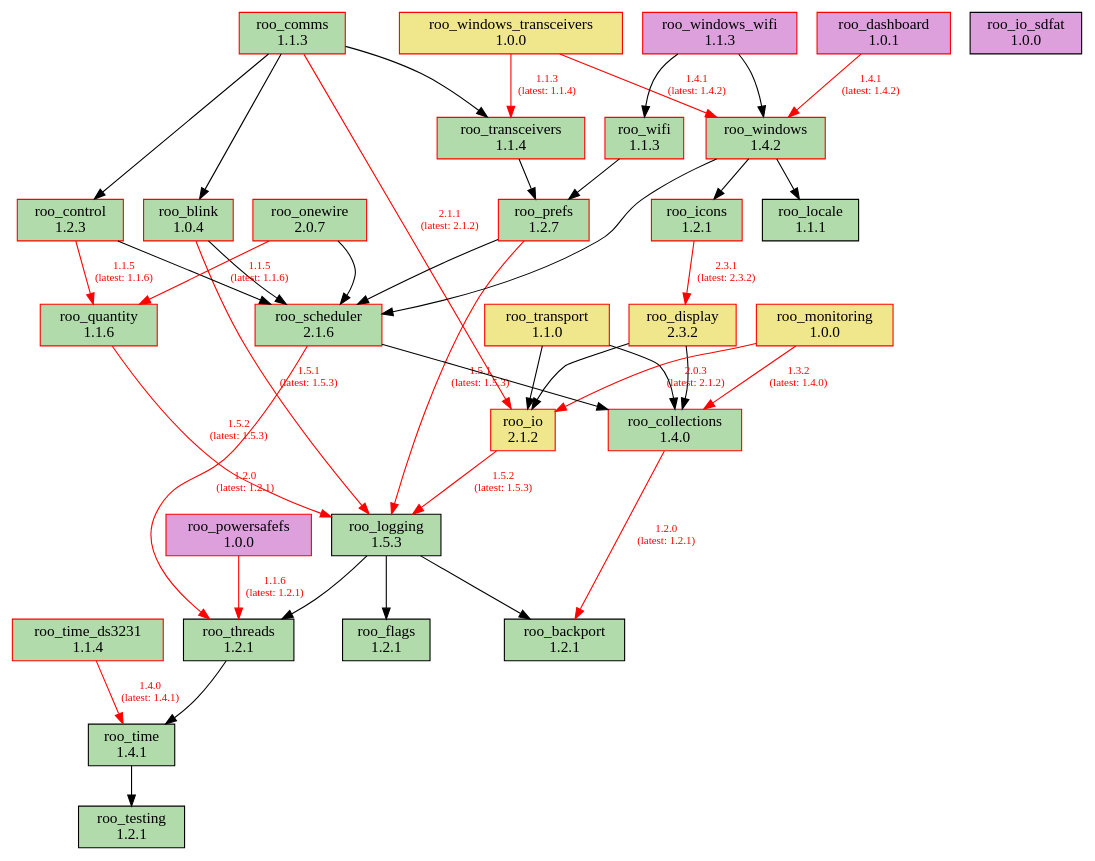
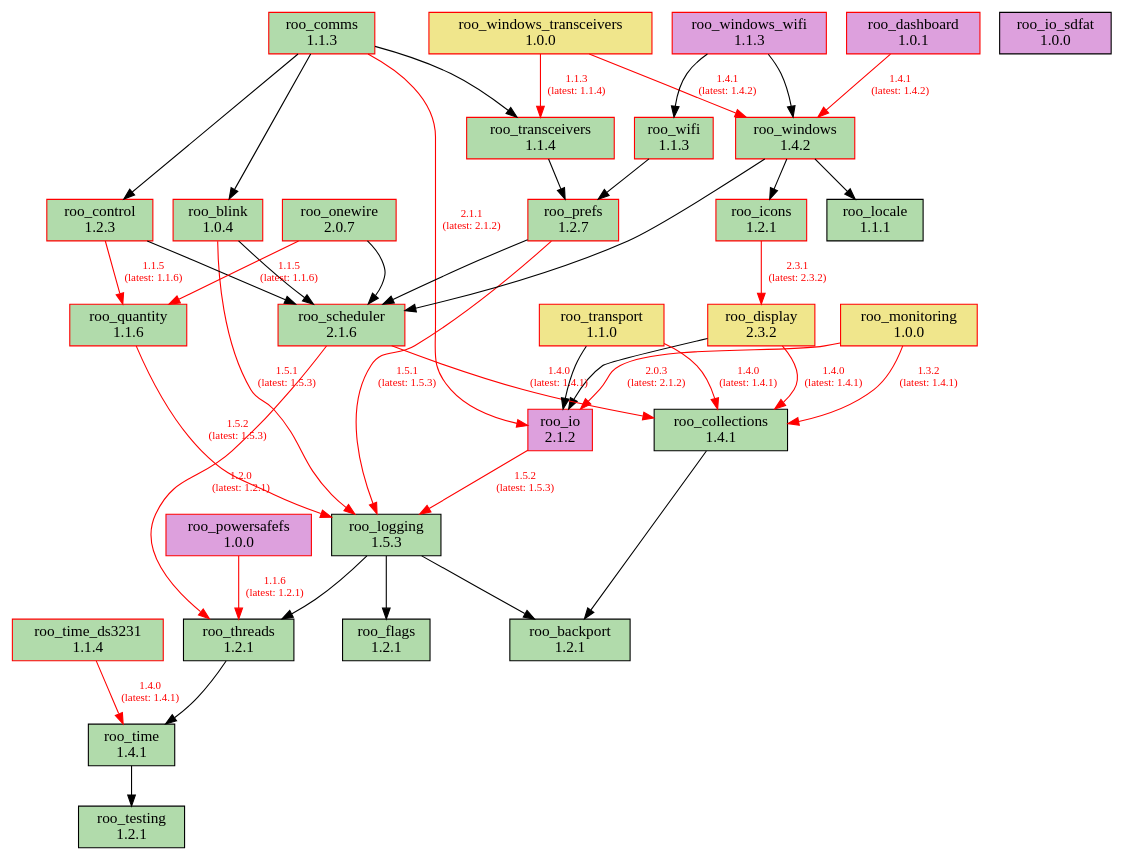
The diagram in doc/dependencies.dot (dejwk/roo-registry), drawn with Graphviz before and after one commit. The commit also changed 3 other files, not shown here.

Commit message:
Added roo_collections 1.4.1 to the registry.

```diff
--- a/doc/dependencies.dot
+++ b/doc/dependencies.dot
@@ -1,79 +1,79 @@
 digraph dependencies {
     rankdir=TB;
     node [shape=box, style=filled];
     edge [fontsize=10];
 
     // Modules
     "roo_backport" [label="roo_backport\n1.2.1", fillcolor="#b1dbab", color="black"];
     "roo_blink" [label="roo_blink\n1.0.4", fillcolor="#b1dbab", color="red"];
-    "roo_collections" [label="roo_collections\n1.4.0", fillcolor="#b1dbab", color="red"];
+    "roo_collections" [label="roo_collections\n1.4.1", fillcolor="#b1dbab", color="black"];
     "roo_comms" [label="roo_comms\n1.1.3", fillcolor="#b1dbab", color="red"];
     "roo_control" [label="roo_control\n1.2.3", fillcolor="#b1dbab", color="red"];
     "roo_dashboard" [label="roo_dashboard\n1.0.1", fillcolor="plum", color="red"];
     "roo_display" [label="roo_display\n2.3.2", fillcolor="khaki", color="red"];
     "roo_flags" [label="roo_flags\n1.2.1", fillcolor="#b1dbab", color="black"];
     "roo_icons" [label="roo_icons\n1.2.1", fillcolor="#b1dbab", color="red"];
-    "roo_io" [label="roo_io\n2.1.2", fillcolor="khaki", color="red"];
+    "roo_io" [label="roo_io\n2.1.2", fillcolor="plum", color="red"];
     "roo_io_sdfat" [label="roo_io_sdfat\n1.0.0", fillcolor="plum", color="black"];
     "roo_locale" [label="roo_locale\n1.1.1", fillcolor="#b1dbab", color="black"];
     "roo_logging" [label="roo_logging\n1.5.3", fillcolor="#b1dbab", color="black"];
     "roo_monitoring" [label="roo_monitoring\n1.0.0", fillcolor="khaki", color="red"];
     "roo_onewire" [label="roo_onewire\n2.0.7", fillcolor="#b1dbab", color="red"];
     "roo_powersafefs" [label="roo_powersafefs\n1.0.0", fillcolor="plum", color="red"];
     "roo_prefs" [label="roo_prefs\n1.2.7", fillcolor="#b1dbab", color="red"];
     "roo_quantity" [label="roo_quantity\n1.1.6", fillcolor="#b1dbab", color="red"];
     "roo_scheduler" [label="roo_scheduler\n2.1.6", fillcolor="#b1dbab", color="red"];
     "roo_testing" [label="roo_testing\n1.2.1", fillcolor="#b1dbab", color="black"];
     "roo_threads" [label="roo_threads\n1.2.1", fillcolor="#b1dbab", color="black"];
     "roo_time" [label="roo_time\n1.4.1", fillcolor="#b1dbab", color="black"];
     "roo_time_ds3231" [label="roo_time_ds3231\n1.1.4", fillcolor="#b1dbab", color="red"];
     "roo_transceivers" [label="roo_transceivers\n1.1.4", fillcolor="#b1dbab", color="red"];
     "roo_transport" [label="roo_transport\n1.1.0", fillcolor="khaki", color="red"];
     "roo_wifi" [label="roo_wifi\n1.1.3", fillcolor="#b1dbab", color="red"];
     "roo_windows" [label="roo_windows\n1.4.2", fillcolor="#b1dbab", color="red"];
     "roo_windows_transceivers" [label="roo_windows_transceivers\n1.0.0", fillcolor="khaki", color="red"];
     "roo_windows_wifi" [label="roo_windows_wifi\n1.1.3", fillcolor="plum", color="red"];
 
     // Dependencies
     "roo_blink" -> "roo_logging" [color=red, fontcolor=red, label="1.5.1\n(latest: 1.5.3)"];
     "roo_blink" -> "roo_scheduler";
-    "roo_collections" -> "roo_backport" [color=red, fontcolor=red, label="1.2.0\n(latest: 1.2.1)"];
+    "roo_collections" -> "roo_backport";
     "roo_comms" -> "roo_blink";
     "roo_comms" -> "roo_control";
     "roo_comms" -> "roo_io" [color=red, fontcolor=red, label="2.1.1\n(latest: 2.1.2)"];
     "roo_comms" -> "roo_transceivers";
     "roo_control" -> "roo_quantity" [color=red, fontcolor=red, label="1.1.5\n(latest: 1.1.6)"];
     "roo_control" -> "roo_scheduler";
     "roo_dashboard" -> "roo_windows" [color=red, fontcolor=red, label="1.4.1\n(latest: 1.4.2)"];
-    "roo_display" -> "roo_collections";
+    "roo_display" -> "roo_collections" [color=red, fontcolor=red, label="1.4.0\n(latest: 1.4.1)"];
     "roo_display" -> "roo_io";
     "roo_icons" -> "roo_display" [color=red, fontcolor=red, label="2.3.1\n(latest: 2.3.2)"];
     "roo_io" -> "roo_logging" [color=red, fontcolor=red, label="1.5.2\n(latest: 1.5.3)"];
     "roo_logging" -> "roo_backport";
     "roo_logging" -> "roo_flags";
     "roo_logging" -> "roo_threads";
-    "roo_monitoring" -> "roo_collections" [color=red, fontcolor=red, label="1.3.2\n(latest: 1.4.0)"];
+    "roo_monitoring" -> "roo_collections" [color=red, fontcolor=red, label="1.3.2\n(latest: 1.4.1)"];
     "roo_monitoring" -> "roo_io" [color=red, fontcolor=red, label="2.0.3\n(latest: 2.1.2)"];
     "roo_onewire" -> "roo_scheduler";
     "roo_onewire" -> "roo_quantity" [color=red, fontcolor=red, label="1.1.5\n(latest: 1.1.6)"];
     "roo_powersafefs" -> "roo_threads" [color=red, fontcolor=red, label="1.1.6\n(latest: 1.2.1)"];
     "roo_prefs" -> "roo_logging" [color=red, fontcolor=red, label="1.5.1\n(latest: 1.5.3)"];
     "roo_prefs" -> "roo_scheduler";
     "roo_quantity" -> "roo_logging" [color=red, fontcolor=red, label="1.5.2\n(latest: 1.5.3)"];
-    "roo_scheduler" -> "roo_collections";
+    "roo_scheduler" -> "roo_collections" [color=red, fontcolor=red, label="1.4.0\n(latest: 1.4.1)"];
     "roo_scheduler" -> "roo_threads" [color=red, fontcolor=red, label="1.2.0\n(latest: 1.2.1)"];
     "roo_threads" -> "roo_time";
     "roo_time" -> "roo_testing";
     "roo_time_ds3231" -> "roo_time" [color=red, fontcolor=red, label="1.4.0\n(latest: 1.4.1)"];
     "roo_transceivers" -> "roo_prefs";
-    "roo_transport" -> "roo_collections";
+    "roo_transport" -> "roo_collections" [color=red, fontcolor=red, label="1.4.0\n(latest: 1.4.1)"];
     "roo_transport" -> "roo_io";
     "roo_wifi" -> "roo_prefs";
     "roo_windows" -> "roo_locale";
     "roo_windows" -> "roo_icons";
     "roo_windows" -> "roo_scheduler";
     "roo_windows_transceivers" -> "roo_transceivers" [color=red, fontcolor=red, label="1.1.3\n(latest: 1.1.4)"];
     "roo_windows_transceivers" -> "roo_windows" [color=red, fontcolor=red, label="1.4.1\n(latest: 1.4.2)"];
     "roo_windows_wifi" -> "roo_wifi";
     "roo_windows_wifi" -> "roo_windows";
 }
```
